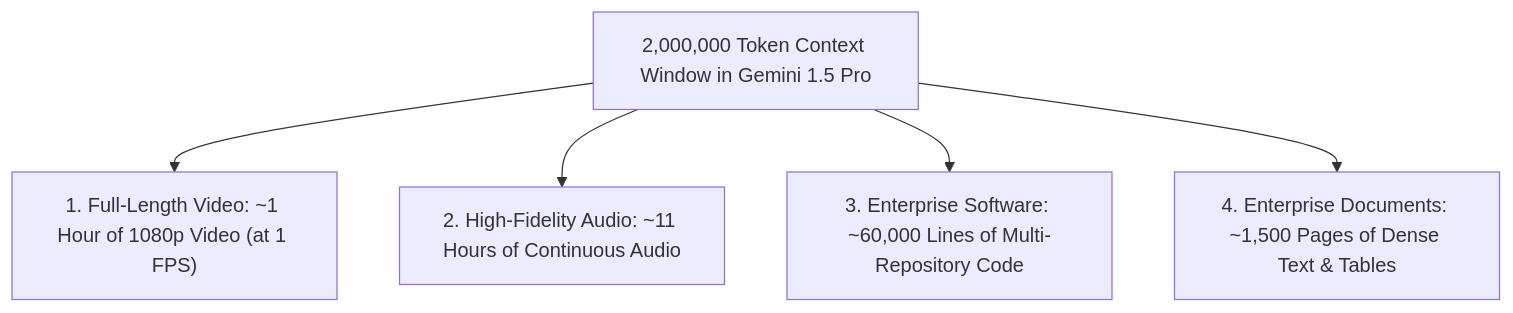
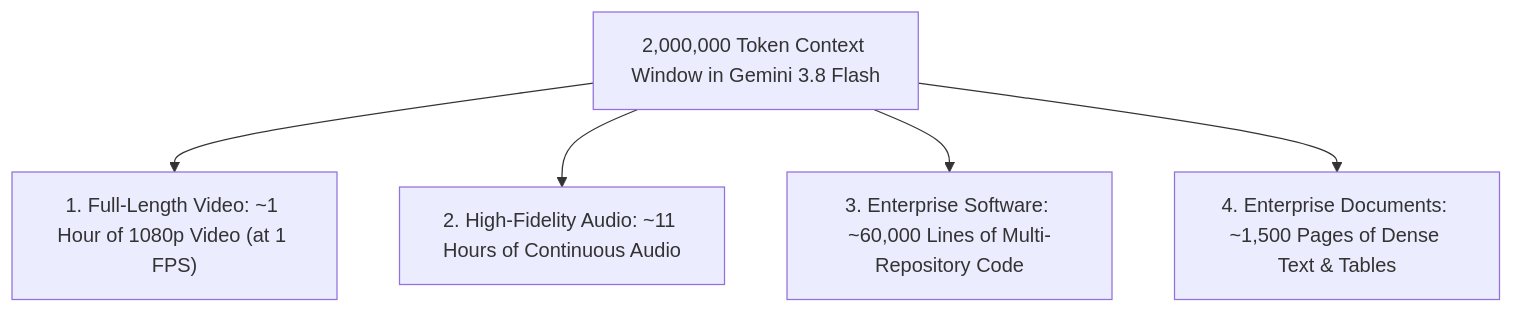
The fifth of 17 diagrams in README.md (TheLearningHubOrg/learn-gemini), drawn with Mermaid before and after one commit. The commit also changed other lines of this file, not shown here.

Commit message:
Update README to Gemini 3.x models and current SDK guidance

````diff
--- a/README.md
+++ b/README.md
@@ -239,9 +244,9 @@
 ```mermaid
 flowchart TD
-    Context["2,000,000 Token Context Window in Gemini 1.5 Pro"]
+    Context["2,000,000 Token Context Window in Gemini 3.8 Flash"]
     
     Context --> C1["1. Full-Length Video: ~1 Hour of 1080p Video (at 1 FPS)"]
     Context --> C2["2. High-Fidelity Audio: ~11 Hours of Continuous Audio"]
     Context --> C3["3. Enterprise Software: ~60,000 Lines of Multi-Repository Code"]
     Context --> C4["4. Enterprise Documents: ~1,500 Pages of Dense Text & Tables"]
 ```
````
